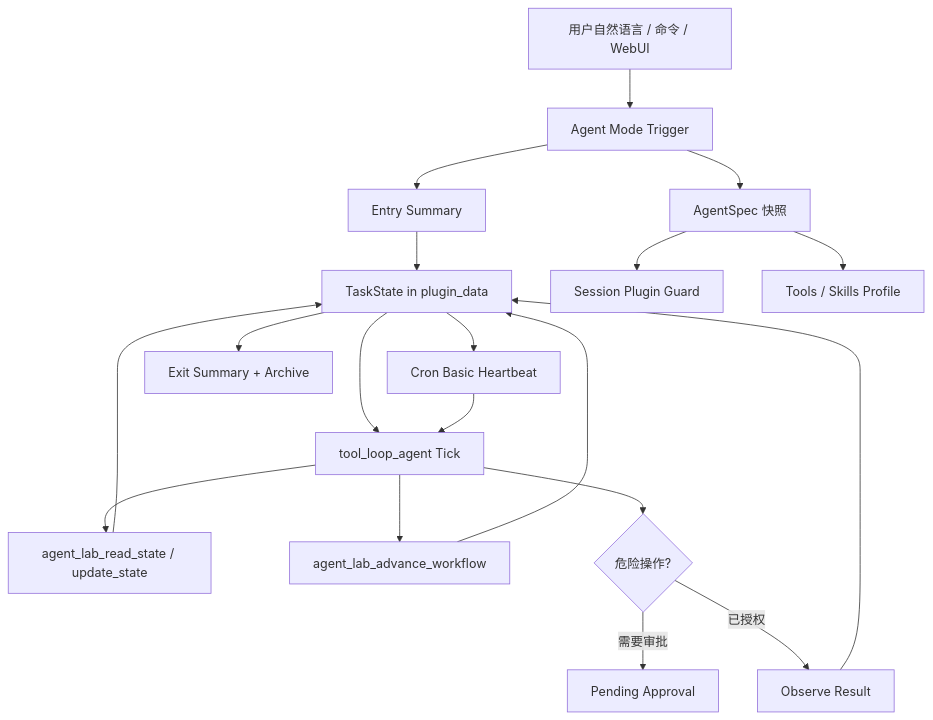
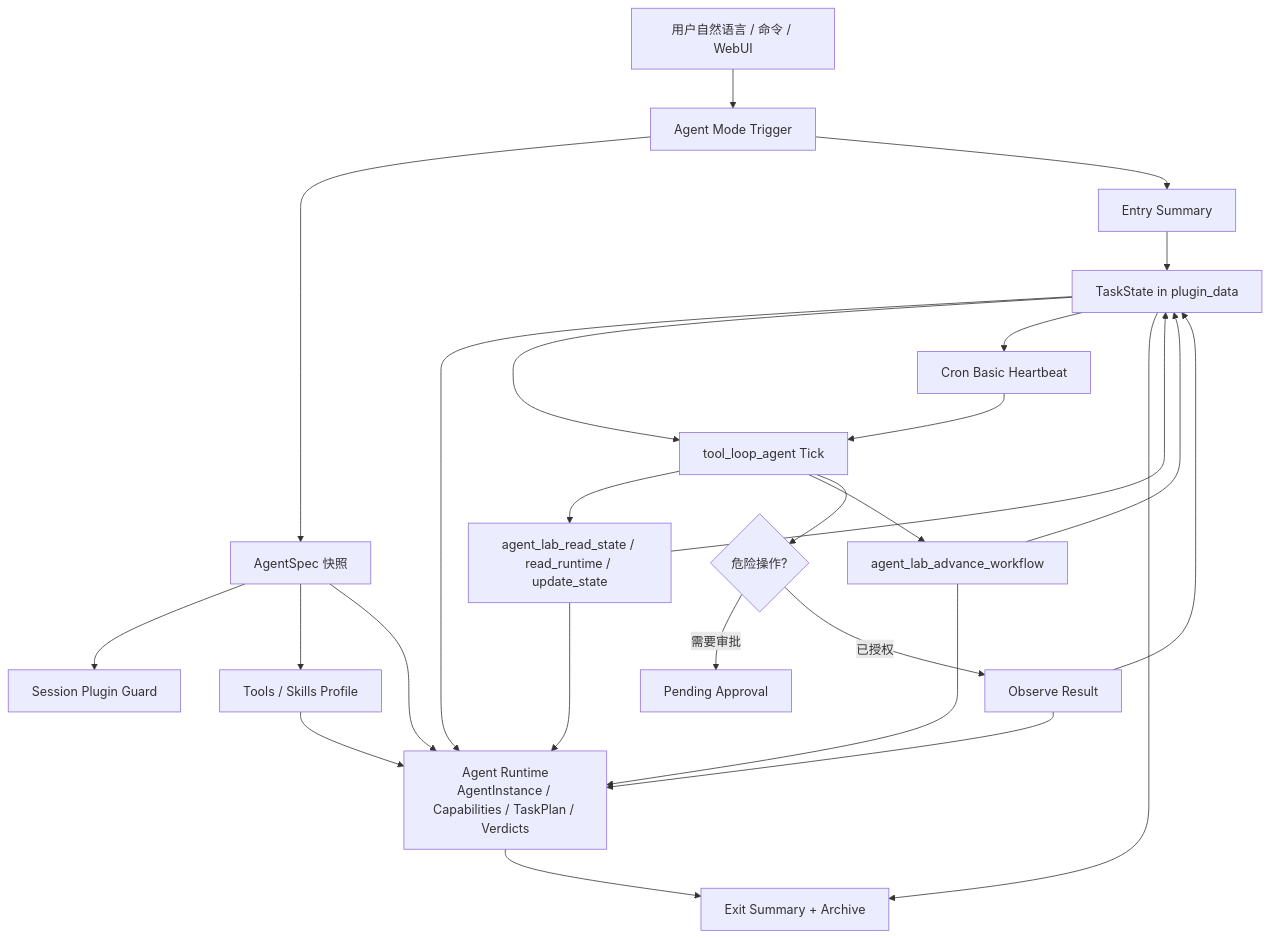
One commit to zzz27578/astrbot_plugin_agent_lab changed the diagram in docs/ARCHITECTURE.md. Above: the diagram before and after it, drawn with Mermaid. The commit also changed other lines of this file and 10 other files, not shown here.

Commit message:
Add structured agent runtime

````diff
--- a/docs/ARCHITECTURE.md
+++ b/docs/ARCHITECTURE.md
@@ -5,21 +5,28 @@
 ```mermaid
 flowchart TD
     User["用户自然语言 / 命令 / WebUI"] --> Trigger["Agent Mode Trigger"]
     Trigger --> Spec["AgentSpec 快照"]
     Trigger --> Entry["Entry Summary"]
     Entry --> State["TaskState in plugin_data"]
+    State --> Runtime["Agent Runtime\nAgentInstance / Capabilities / TaskPlan / Verdicts"]
     Spec --> Guard["Session Plugin Guard"]
     Spec --> Tools["Tools / Skills Profile"]
+    Tools --> Runtime
+    Spec --> Runtime
     State --> Runner["tool_loop_agent Tick"]
-    Runner --> StateTools["agent_lab_read_state / update_state"]
+    Runner --> StateTools["agent_lab_read_state / read_runtime / update_state"]
     StateTools --> State
+    StateTools --> Runtime
     Runner --> FlowStep["agent_lab_advance_workflow"]
     FlowStep --> State
+    FlowStep --> Runtime
     Runner --> Approval{"危险操作?"}
     Approval -->|需要审批| Pending["Pending Approval"]
     Approval -->|已授权| Observe["Observe Result"]
     Observe --> State
+    Observe --> Runtime
     State --> Heartbeat["Cron Basic Heartbeat"]
     Heartbeat --> Runner
     State --> Finish["Exit Summary + Archive"]
+    Runtime --> Finish
 ```
````
